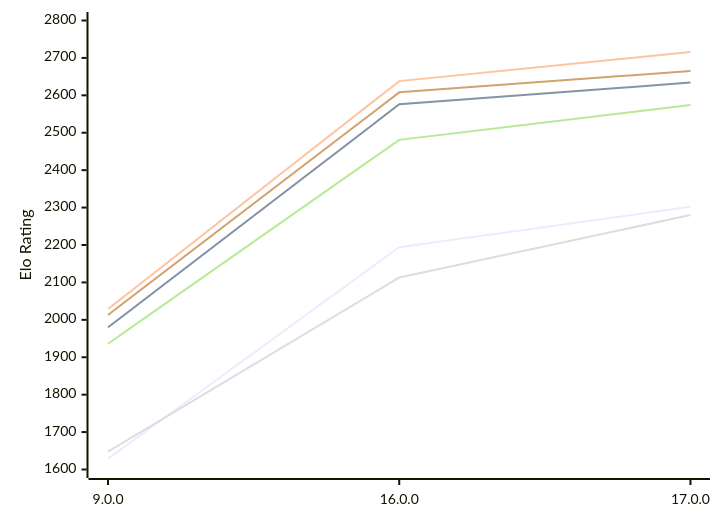
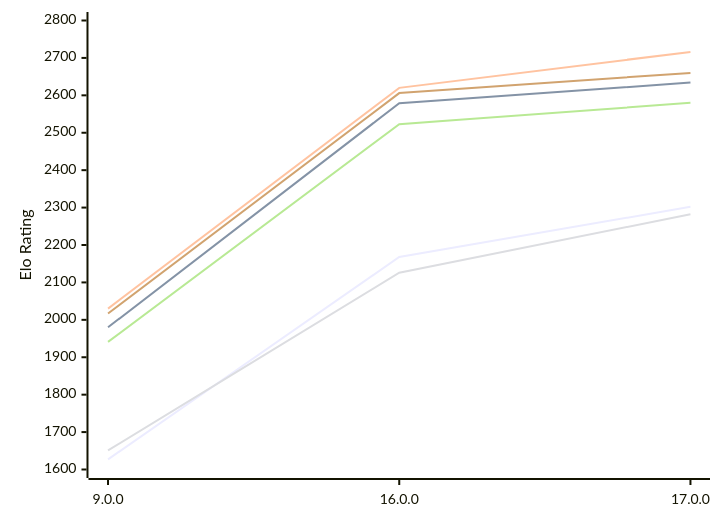
The first of 2 diagrams in engines/Cepimetheus.md (computer-chess-index/cci), drawn with Mermaid before and after one commit. The commit also changed other lines of this file, not shown here.

Commit message:
Update CCI Ratings (ELO VLTC) - 2026-11-17

````diff
--- a/engines/Cepimetheus.md
+++ b/engines/Cepimetheus.md
@@ -64,12 +64,12 @@
 ```mermaid
 %%{init: {"theme":"base","themeVariables":{"seriesColors:['#a3a3a3','#222221','#faa371']}}}%%
 xychart-beta
   x-axis ["9.0.0", "16.0.0", "17.0.0"]
   y-axis "Elo Rating" 1600 --> 2800
-  line "E1: STC (8.0+0.08s)" [1629, 2194, 2302]
-  line "E1: LTC (60.0+0.60s)" [1980, 2576, 2634]
-  line "E1: VLTC (2m24s+1.12s)" [2029, 2638, 2716]
-  line "P1: STC (8.0+0.08s)" [1648, 2113, 2280]
-  line "P1: LTC (60.0+0.60s)" [1936, 2481, 2574]
-  line "P1: VLTC (2m24s+1.12s)" [2013, 2608, 2665]
+  line "E1: STC (8.0+0.08s)" [1627, 2168, 2302]
+  line "E1: LTC (60.0+0.60s)" [1980, 2579, 2634]
+  line "E1: VLTC (2m24s+1.12s)" [2030, 2620, 2716]
+  line "P1: STC (8.0+0.08s)" [1651, 2126, 2282]
+  line "P1: LTC (60.0+0.60s)" [1941, 2523, 2580]
+  line "P1: VLTC (2m24s+1.12s)" [2017, 2606, 2660]
 ```
````
